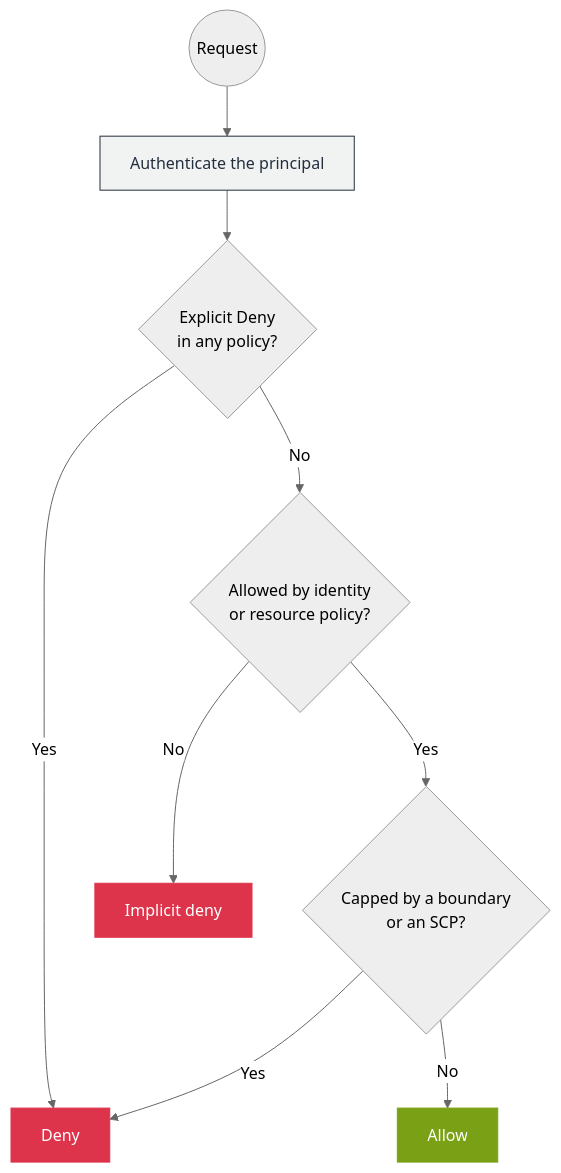
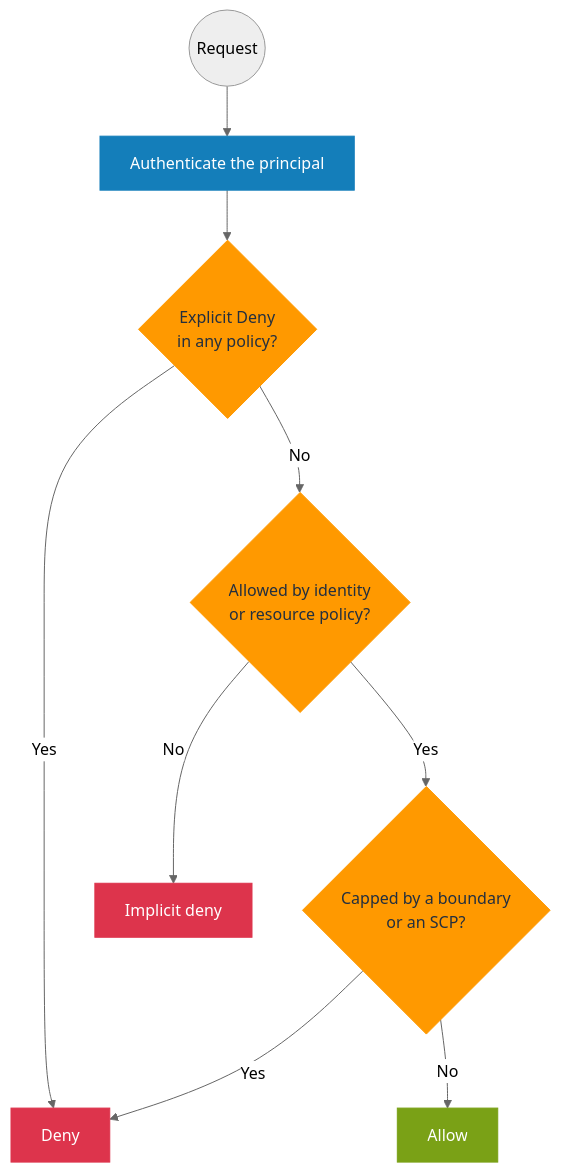
One commit to GabrielAlmeidaFlores/AWS-CloudOps-Engineer-Associate-Doc changed the diagram in 02-services/13-security-identity-compliance/01-iam/01-concepts.md. Above: the diagram before and after it, drawn with Mermaid (neutral theme). The commit also changed 10 other files, not shown here.

Commit message:
docs: restyle flowchart diagrams with the AWS color palette

````diff
--- a/02-services/13-security-identity-compliance/01-iam/01-concepts.md
+++ b/02-services/13-security-identity-compliance/01-iam/01-concepts.md
@@ -73,17 +73,19 @@
 ```mermaid
 flowchart TD
     R(("Request")) --> A["Authenticate the principal"]
     A --> E{"Explicit Deny<br/>in any policy?"}
     E -->|Yes| D["Deny"]
     E -->|No| U{"Allowed by identity<br/>or resource policy?"}
     U -->|No| D2["Implicit deny"]
     U -->|Yes| C{"Capped by a boundary<br/>or an SCP?"}
     C -->|Yes| D
     C -->|No| AL["Allow"]
-    classDef step fill:#F1F3F3,stroke:#232F3E,color:#232F3E
+    classDef step fill:#147EBA,stroke:#147EBA,color:#ffffff
+    classDef decision fill:#FF9900,stroke:#FF9900,color:#232F3E
     classDef deny fill:#DD344C,stroke:#DD344C,color:#ffffff
     classDef ok fill:#7AA116,stroke:#7AA116,color:#ffffff
     class A step
+    class E,U,C decision
     class D,D2 deny
     class AL ok
 ```
````
